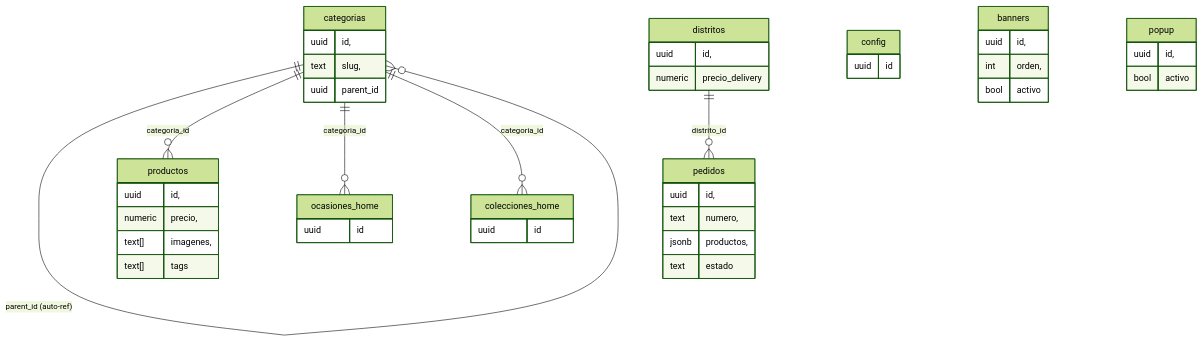
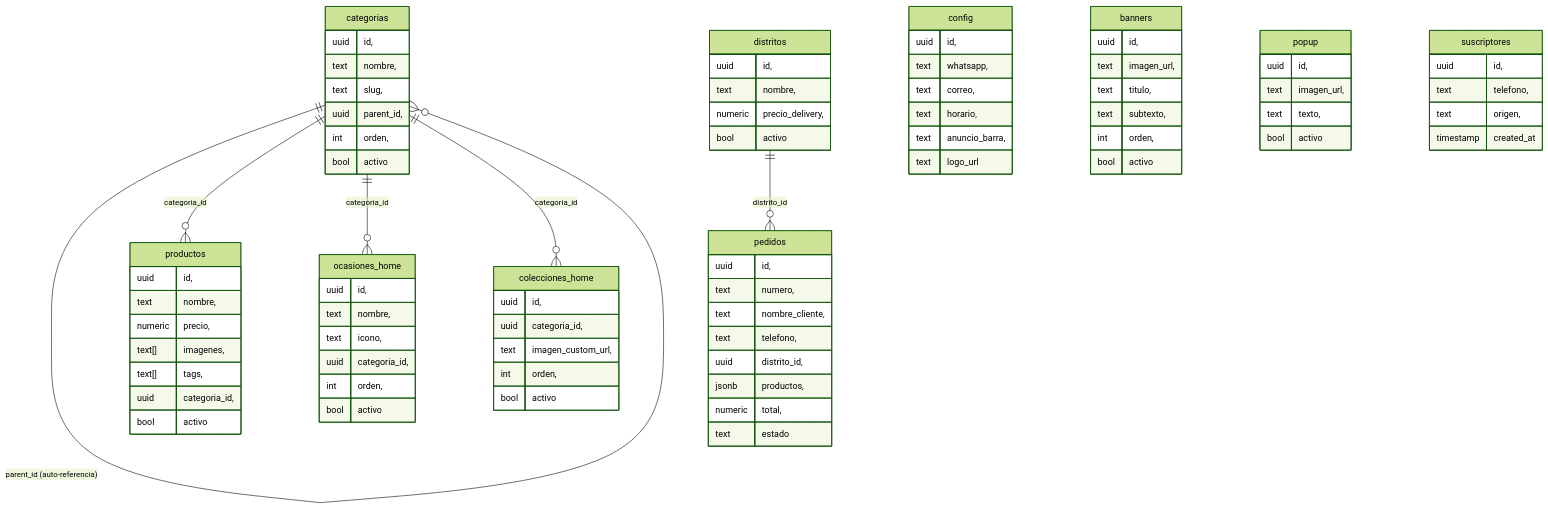
Before and after one commit to lovableprojectscx/Florer-a-Miraflores: the second of 2 diagrams in docs/ARQUITECTURA.md, drawn with Mermaid (forest theme). The commit also changed other lines of this file and 4 other files, not shown here.

````diff
--- a/docs/ARQUITECTURA.md
+++ b/docs/ARQUITECTURA.md
@@ -114,18 +153,19 @@
 ```mermaid
 erDiagram
-    categorias ||--o{ categorias : "parent_id (auto-ref)"
+    categorias ||--o{ categorias : "parent_id (auto-referencia)"
     categorias ||--o{ productos : "categoria_id"
     categorias ||--o{ ocasiones_home : "categoria_id"
     categorias ||--o{ colecciones_home : "categoria_id"
     distritos  ||--o{ pedidos : "distrito_id"
 
-    config { uuid id }
-    banners { uuid id, int orden, bool activo }
-    popup { uuid id, bool activo }
-    categorias { uuid id, text slug, uuid parent_id }
-    productos { uuid id, numeric precio, text[] imagenes, text[] tags }
-    ocasiones_home { uuid id }
-    colecciones_home { uuid id }
-    distritos { uuid id, numeric precio_delivery }
-    pedidos { uuid id, text numero, jsonb productos, text estado }
+    config { uuid id, text whatsapp, text correo, text horario, text anuncio_barra, text logo_url }
+    banners { uuid id, text imagen_url, text titulo, text subtexto, int orden, bool activo }
+    popup { uuid id, text imagen_url, text texto, bool activo }
+    categorias { uuid id, text nombre, text slug, uuid parent_id, int orden, bool activo }
+    productos { uuid id, text nombre, numeric precio, text[] imagenes, text[] tags, uuid categoria_id, bool activo }
+    ocasiones_home { uuid id, text nombre, text icono, uuid categoria_id, int orden, bool activo }
+    colecciones_home { uuid id, uuid categoria_id, text imagen_custom_url, int orden, bool activo }
+    distritos { uuid id, text nombre, numeric precio_delivery, bool activo }
+    pedidos { uuid id, text numero, text nombre_cliente, text telefono, uuid distrito_id, jsonb productos, numeric total, text estado }
+    suscriptores { uuid id, text telefono, text origen, timestamp created_at }
 ```
````
